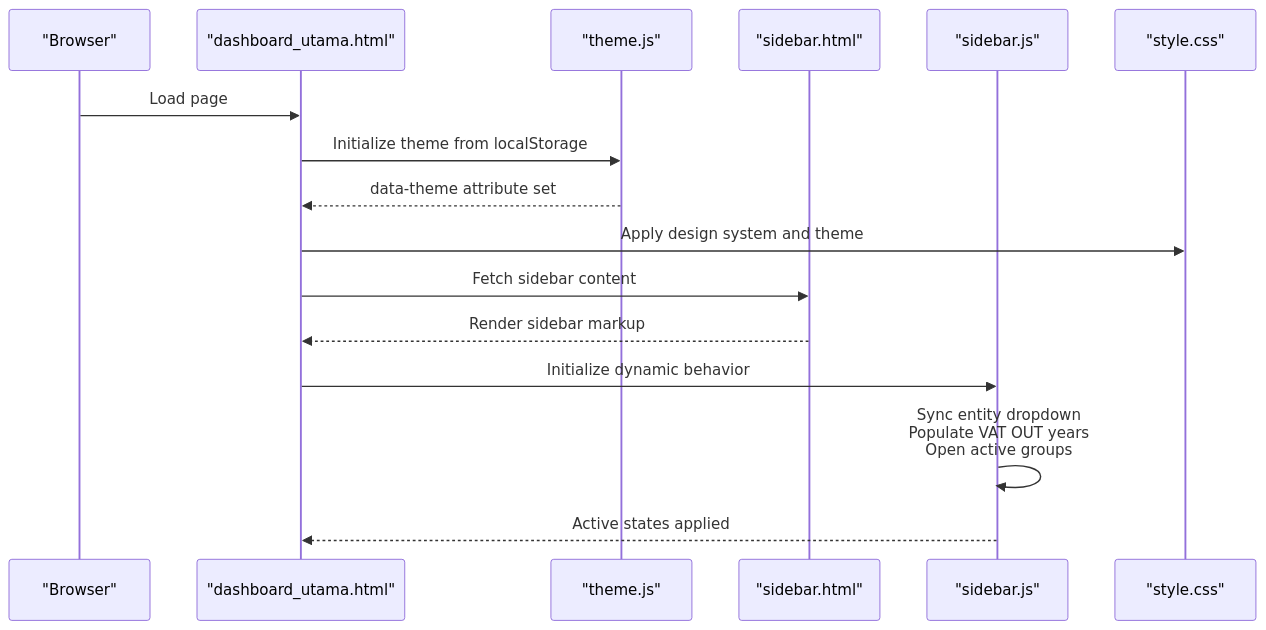
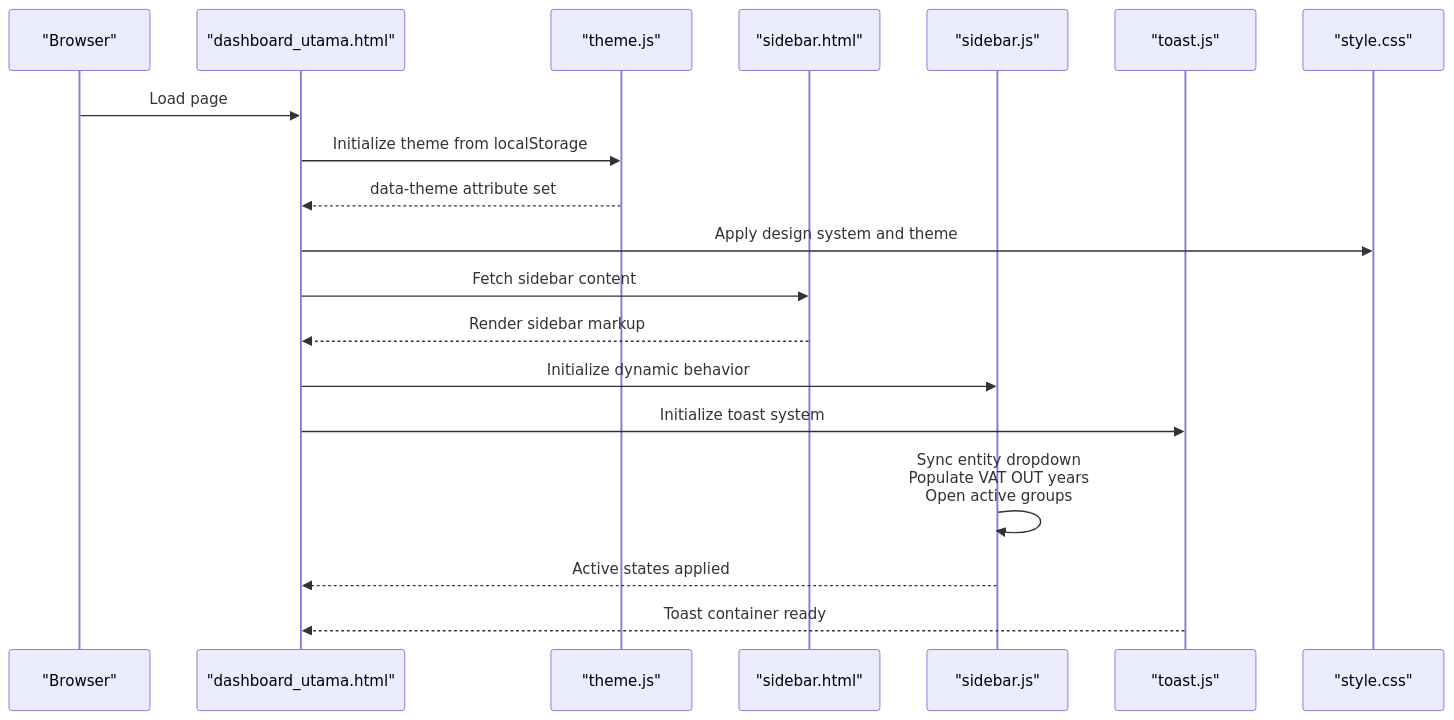
One commit to rendisiagian/TDS_by_RENDISIAGIAN changed the second of 6 diagrams in .qoder/repowiki/en/content/User Interface & Experience/User Interface & Experience.md. Above: the diagram before and after it, drawn with Mermaid. The commit also changed other lines of this file and 96 other files, not shown here.

````diff
--- a/.qoder/repowiki/en/content/User Interface & Experience/User Interface & Experience.md
+++ b/.qoder/repowiki/en/content/User Interface & Experience/User Interface & Experience.md
@@ -106,18 +125,21 @@
 ```mermaid
 sequenceDiagram
 participant Browser as "Browser"
 participant Dashboard as "dashboard_utama.html"
 participant Theme as "theme.js"
 participant SidebarHTML as "sidebar.html"
 participant SidebarJS as "sidebar.js"
+participant ToastJS as "toast.js"
 participant Styles as "style.css"
 Browser->>Dashboard : Load page
 Dashboard->>Theme : Initialize theme from localStorage
 Theme-->>Dashboard : data-theme attribute set
 Dashboard->>Styles : Apply design system and theme
 Dashboard->>SidebarHTML : Fetch sidebar content
 SidebarHTML-->>Dashboard : Render sidebar markup
 Dashboard->>SidebarJS : Initialize dynamic behavior
+Dashboard->>ToastJS : Initialize toast system
 SidebarJS->>SidebarJS : Sync entity dropdown<br/>Populate VAT OUT years<br/>Open active groups
 SidebarJS-->>Dashboard : Active states applied
+ToastJS-->>Dashboard : Toast container ready
 ```
````
